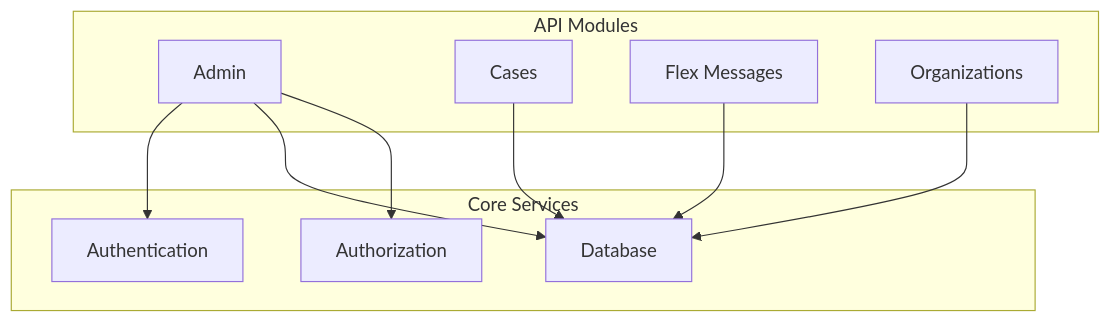
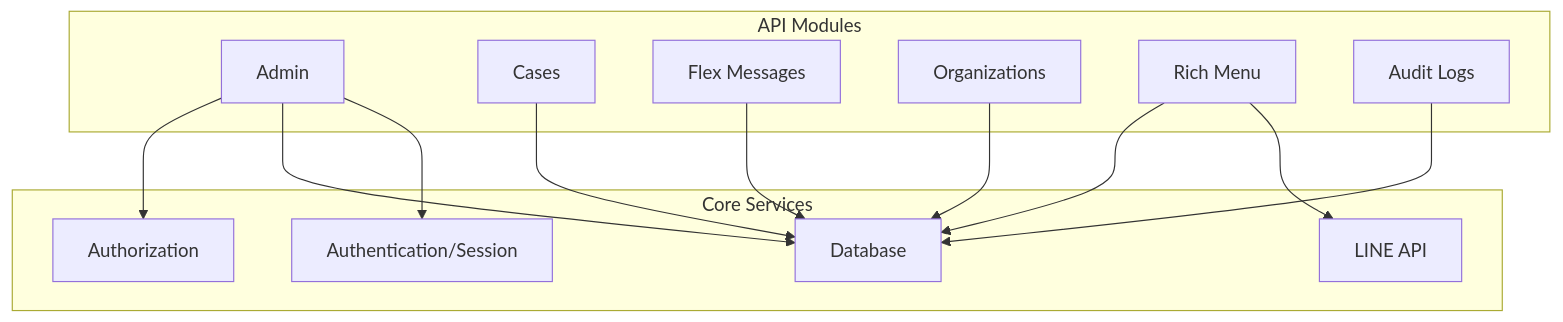
One commit to TanedW/internal_web_API changed the first of 4 diagrams in README.md. Above: the diagram before and after it, drawn with Mermaid. The commit also changed other lines of this file, not shown here.

````diff
--- a/README.md
+++ b/README.md
@@ -9,22 +9,28 @@
 ```mermaid
 graph TD
     subgraph "API Modules"
         A[Admin]
         B[Cases]
         C[Flex Messages]
         D[Organizations]
+        E[Rich Menu]
+        F[Audit Logs]
     end
 
     subgraph "Core Services"
-        Auth[Authentication]
+        Auth[Authentication/Session]
         DB[Database]
         Permit[Authorization]
+        LINE[LINE API]
     end
 
     A --> Auth
     A --> DB
     A --> Permit
     B --> DB
     C --> DB
     D --> DB
+    E --> LINE
+    E --> DB
+    F --> DB
 ```
````
